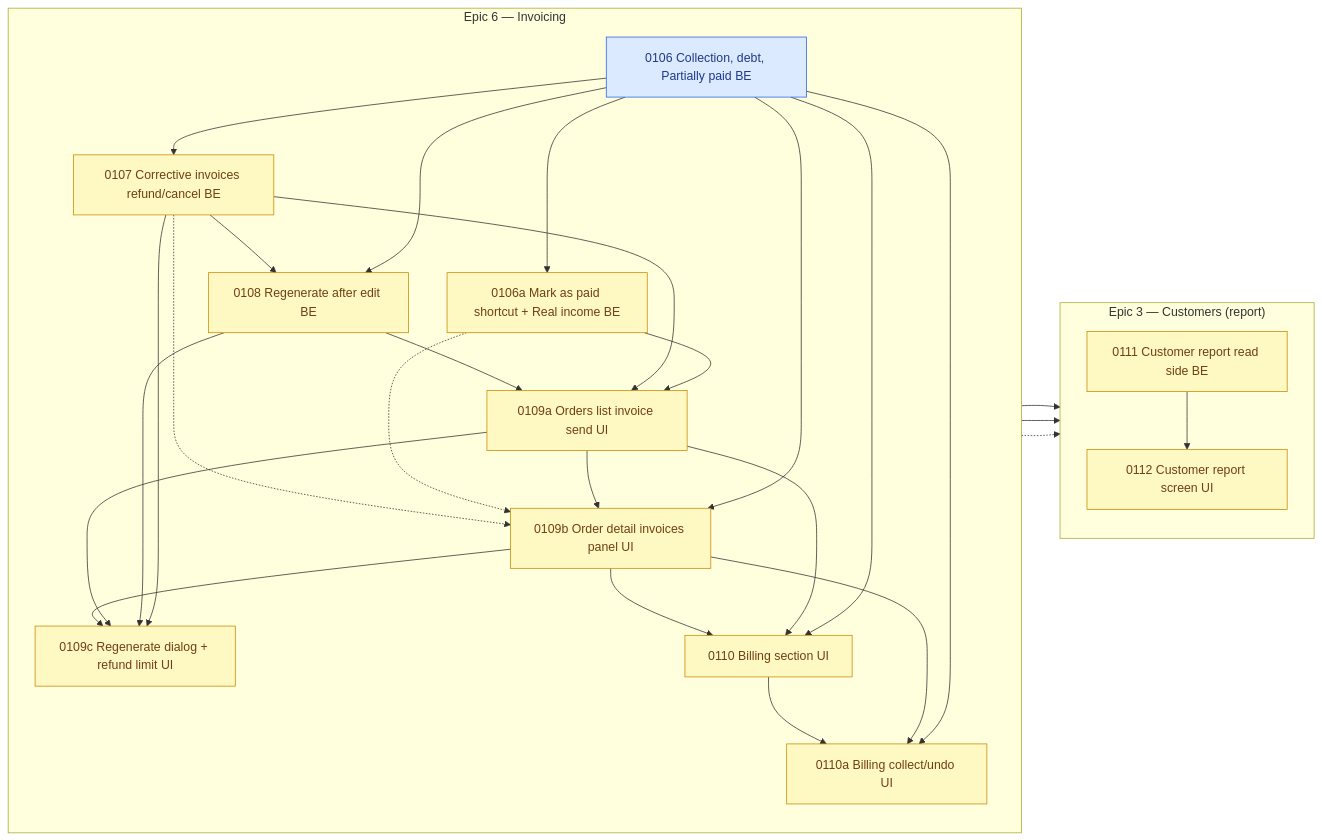
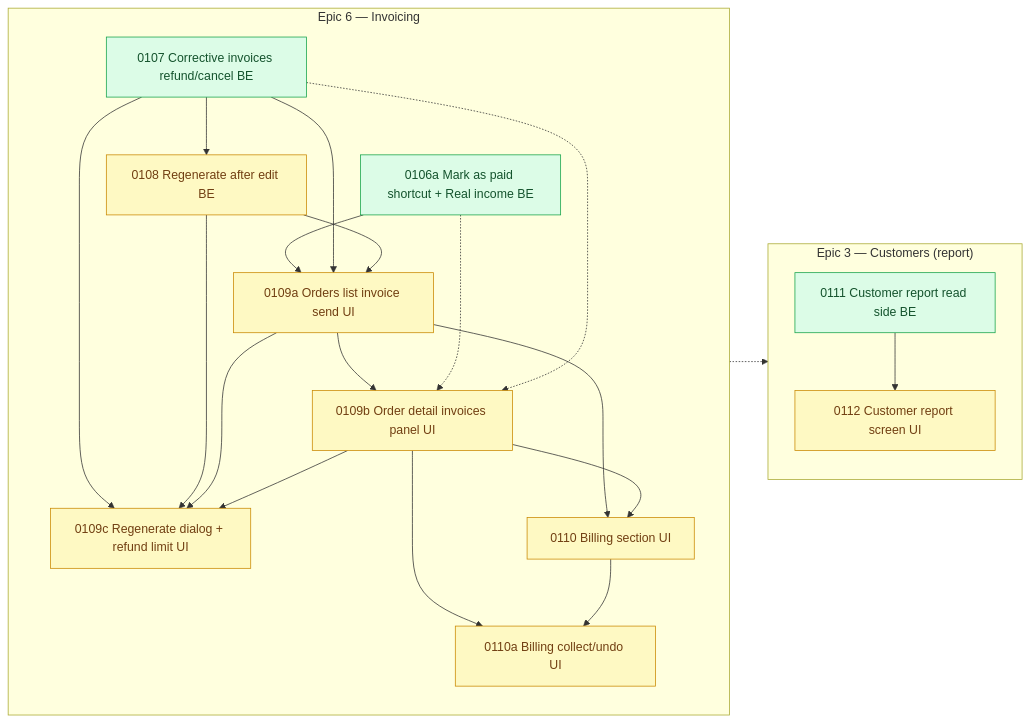
One commit to shojen/AI4Devs-finalproject changed the diagram in arospe/ai-spec/tasks-map.md. Above: the diagram before and after it, drawn with Mermaid. The commit also changed other lines of this file and 12 other files, not shown here.

````diff
--- a/arospe/ai-spec/tasks-map.md
+++ b/arospe/ai-spec/tasks-map.md
@@ -778,7 +779,6 @@
     %% (P0071 --> P0073/P0075/P0079 dropped: 0071 closed to done/ 2026-10-07.)
     subgraph PEND_INVOICING["Epic 6 — Invoicing"]
         direction TB
-        P0106["0106 Collection, debt, Partially paid BE"]
         P0106a["0106a Mark as paid shortcut + Real income BE"]
         P0107["0107 Corrective invoices refund/cancel BE"]
         P0108["0108 Regenerate after edit BE"]
@@ -795,27 +795,19 @@
     end
     %% (P0101b --> P0102/P0103/P0104/P0105/P0106/P0106a/P0107/P0108/P0110 dropped: 0101b closed to done/ 2026-11-19; 0102 and 0106 are now ready.)
     %% Edges quoted from each task file (2026-11-15). Solid = hard dependency.
-    P0106 --> P0106a
-    P0106 --> P0107
-    P0106 --> P0108
     P0107 --> P0108
     P0106a --> P0109a
     P0107 --> P0109a
     P0108 --> P0109a
-    P0106 --> P0109b
     P0109a --> P0109b
     P0107 --> P0109c
     P0108 --> P0109c
     P0109a --> P0109c
     P0109b --> P0109c
-    P0106 --> P0110
     P0109a --> P0110
     P0109b --> P0110
-    P0106 --> P0110a
     P0109b --> P0110a
     P0110 --> P0110a
-    P0106 --> P0111
-    P0106 --> P0112
     P0111 --> P0112
     %% Dashed = related, not blocking: 0108 closes 0105's stale-totals limitation; 0111 agrees with 0106a's Real income; 0109b sits next to 0106a's payment line and shows 0107's cancel rules.
     %% (P0105 -.-> P0108 dropped: 0105 closed to done/ 2026-11-21.)
@@ -825,7 +817,7 @@
     %% Shared-file risk with the stock dialogs (no dependency): see the update note at the top.
     %% (P0104 --> P0105/P0109a/P0109b/P0110 dropped: 0104 closed to done/ 2026-11-19; 0105 is now ready, no node is `claimed`.)
     %% (P0102 --> P0103/P0104/P0109b/P0110 dropped: 0102 closed to done/ 2026-11-19; 0103 and 0104 are now ready.)
-    %% (P0103 closed to done/ 2026-11-21, P0104 to done/ 2026-11-19 and P0105 to done/ 2026-11-21; no edges touch any of them now; P0106 is `claimed` by its session.)
-    class P0106 claimed;
-    class P0106a,P0107,P0108,P0109a,P0109b,P0109c,P0110,P0110a,P0111,P0112 pending;
+    %% (P0103 closed to done/ 2026-11-21, P0104 to done/ 2026-11-19 and P0105 to done/ 2026-11-21; no edges touch any of them now; P0106 closed to done/ 2026-11-21 and its eight outgoing edges are dropped.)
+    class P0106a,P0107,P0111 ready;
+    class P0108,P0109a,P0109b,P0109c,P0110,P0110a,P0112 pending;
 ```
````
